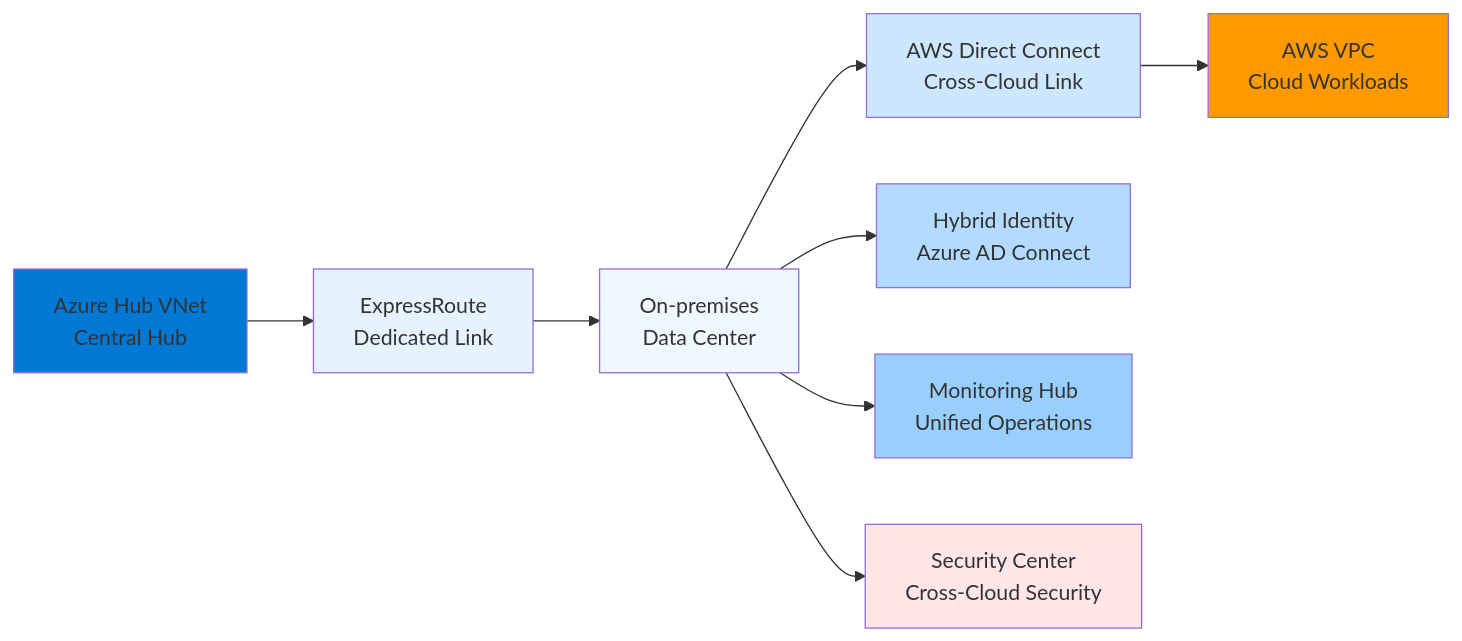
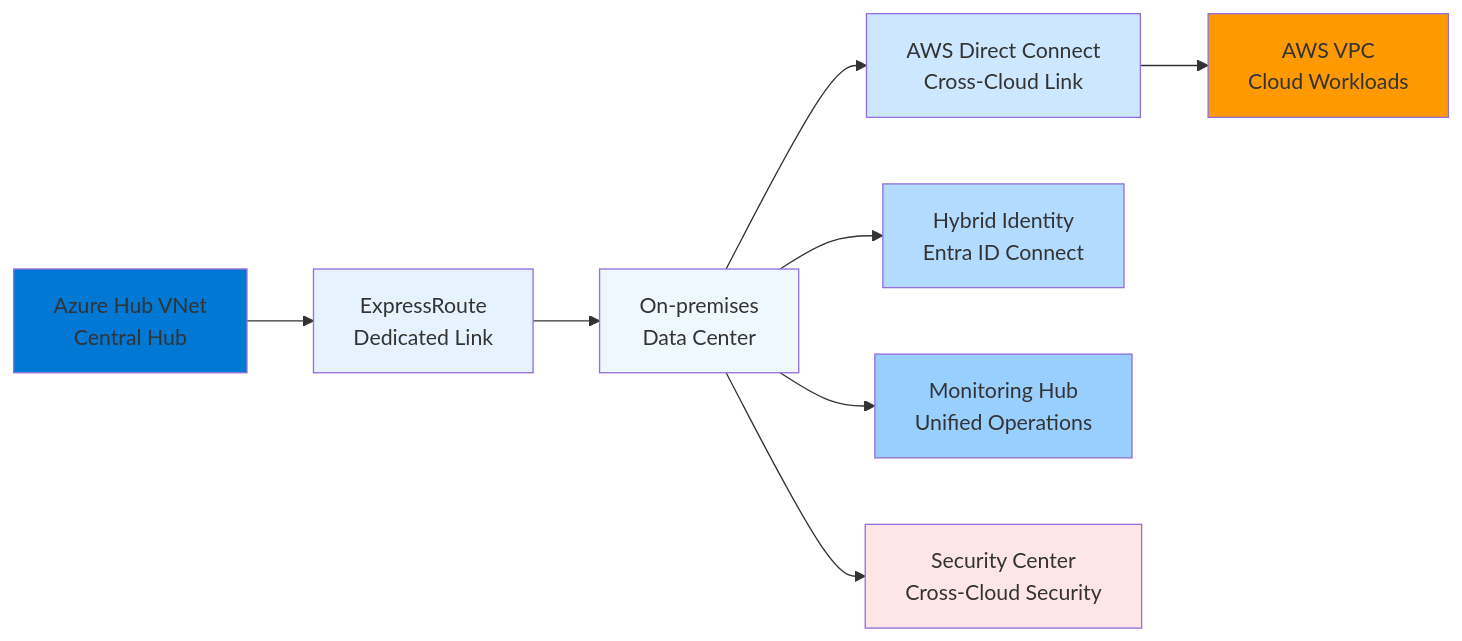
The seventh of 7 diagrams in certifications/AZ-305/architecture-decision-guides/05-azure-networking-services.md (christian-dussol-cloud-computing/microsoft-azure), drawn with Mermaid before and after one commit. The commit also changed other lines of this file, not shown here.

````diff
--- a/certifications/AZ-305/architecture-decision-guides/05-azure-networking-services.md
+++ b/certifications/AZ-305/architecture-decision-guides/05-azure-networking-services.md
@@ -493,20 +493,20 @@
 ```mermaid
 graph LR
     A[Azure Hub VNet<br/>Central Hub] --> B[ExpressRoute<br/>Dedicated Link]
     B --> C[On-premises<br/>Data Center]
     C --> D[AWS Direct Connect<br/>Cross-Cloud Link]
     D --> E[AWS VPC<br/>Cloud Workloads]
     
-    C --> F[Hybrid Identity<br/>Azure AD Connect]
+    C --> F[Hybrid Identity<br/>Entra ID Connect]
     C --> G[Monitoring Hub<br/>Unified Operations]
     C --> H[Security Center<br/>Cross-Cloud Security]
     
     style A fill:#0078d4
     style B fill:#e6f3ff
     style C fill:#f0f8ff
     style D fill:#cce7ff
     style E fill:#ff9900
     style F fill:#b3dbff
     style G fill:#99cfff
     style H fill:#ffe6e6
 ```
````
